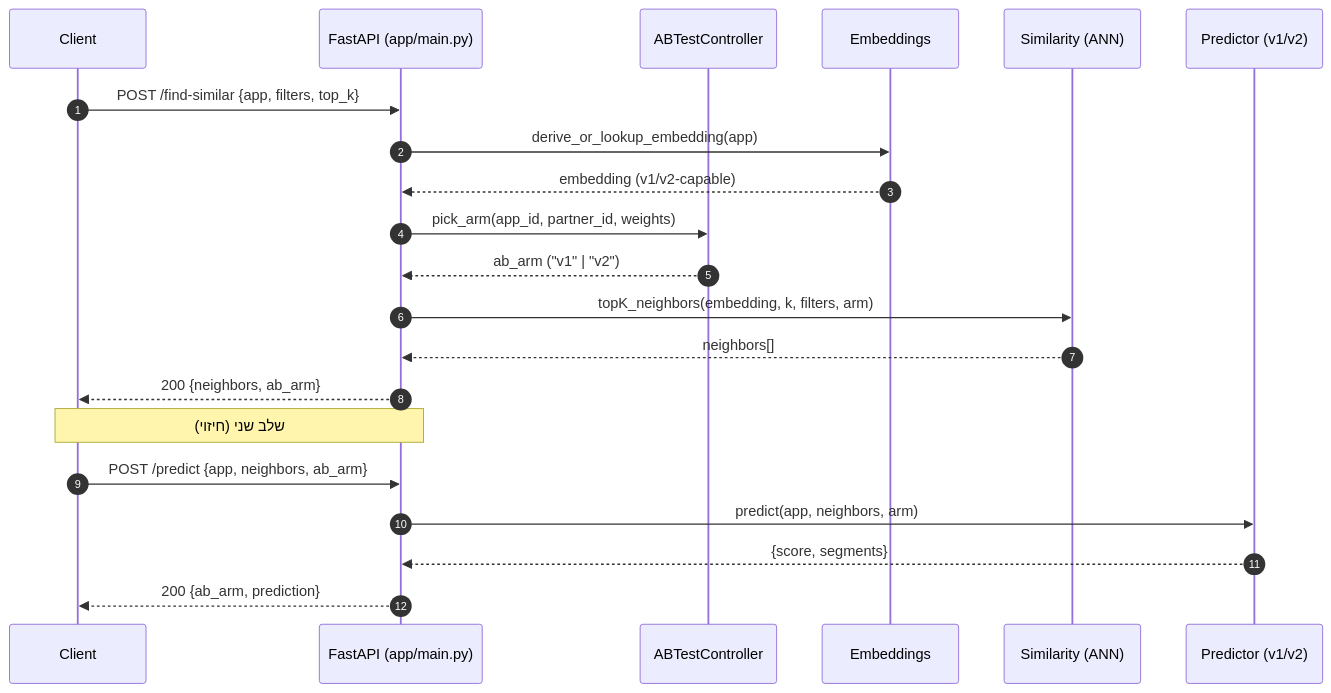
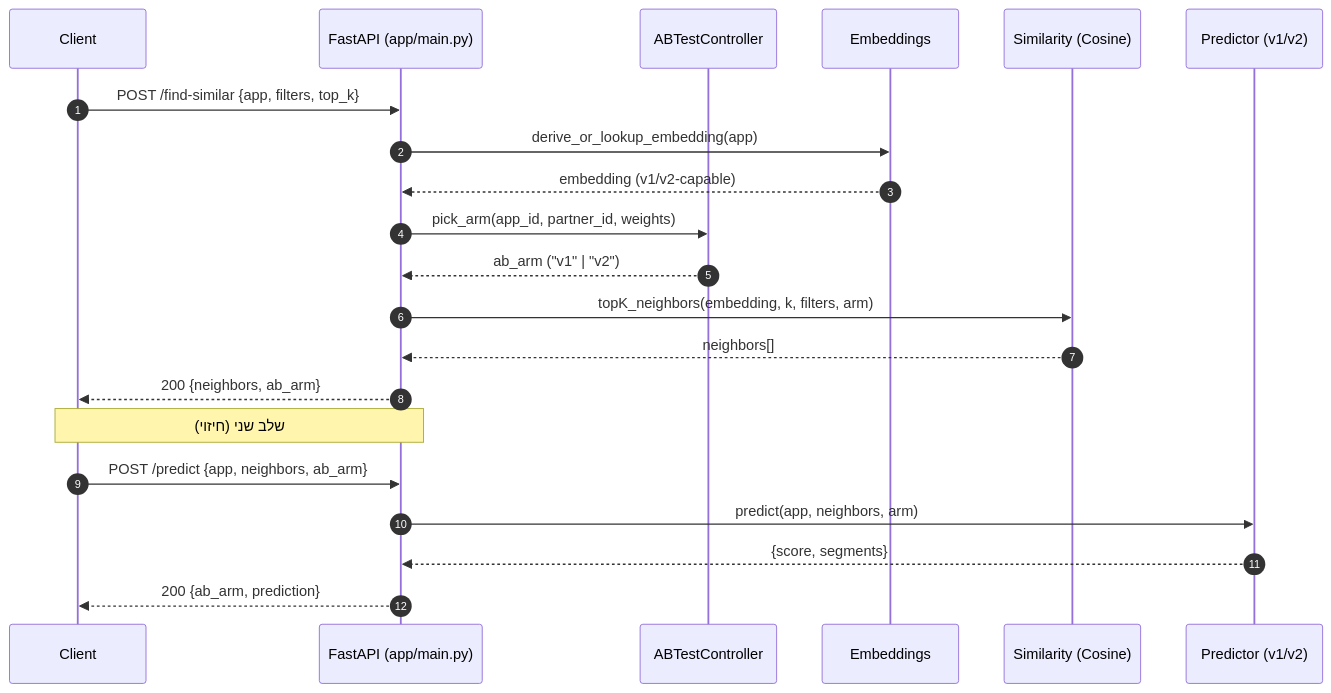
One commit to ortall0201/aws-assignment-mobupps changed the first of 4 diagrams in architecture-diagram.md. Above: the diagram before and after it, drawn with Mermaid. The commit also changed other lines of this file, not shown here.

````diff
--- a/architecture-diagram.md
+++ b/architecture-diagram.md
@@ -3,25 +3,25 @@
 ```mermaid
 sequenceDiagram
     autonumber
     participant C as Client
     participant A as FastAPI (app/main.py)
     participant AB as ABTestController
     participant E as Embeddings
-    participant S as Similarity (ANN)
+    participant S as Similarity (Cosine)
     participant P as Predictor (v1/v2)
 
     C->>A: POST /find-similar {app, filters, top_k}
     A->>E: derive_or_lookup_embedding(app)
     E-->>A: embedding (v1/v2-capable)
     A->>AB: pick_arm(app_id, partner_id, weights)
     AB-->>A: ab_arm ("v1" | "v2")
     A->>S: topK_neighbors(embedding, k, filters, arm)
     S-->>A: neighbors[]
     A-->>C: 200 {neighbors, ab_arm}
 
     Note over C,A: שלב שני (חיזוי)
     C->>A: POST /predict {app, neighbors, ab_arm}
     A->>P: predict(app, neighbors, arm)
     P-->>A: {score, segments}
     A-->>C: 200 {ab_arm, prediction}
 ```
````
